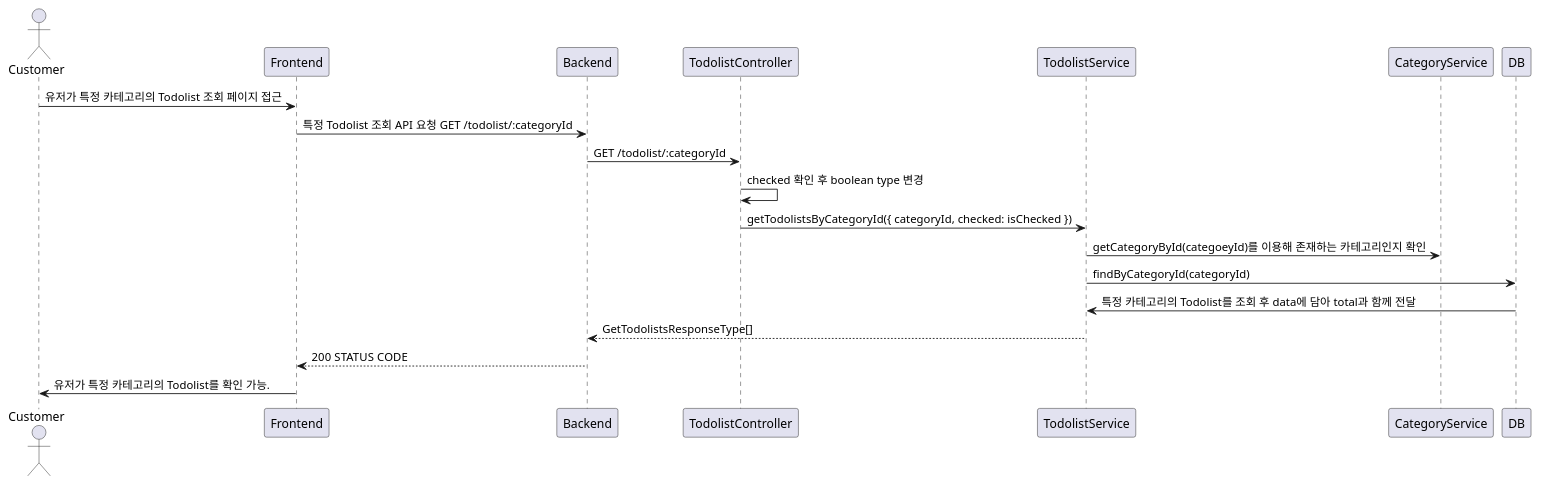
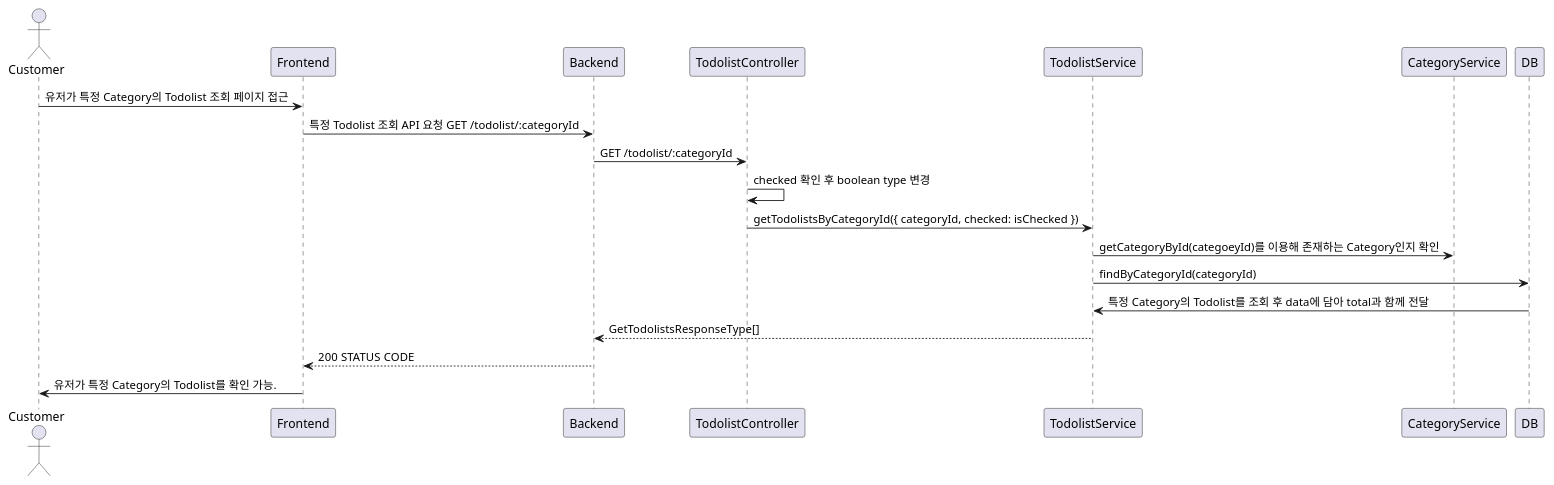
One commit to VVSOGI/todolist-remake changed the second of 3 diagrams in server/docs/todolist/todolist.get.md. Above: the diagram before and after it, drawn with PlantUML. The commit also changed other lines of this file, not shown here.

Commit message:
Refactor category names in Todolist API documentation

````diff
--- a/server/docs/todolist/todolist.get.md
+++ b/server/docs/todolist/todolist.get.md
@@ -61,16 +61,16 @@
 ```plantuml
 @startuml
 actor Customer
-Customer -> Frontend: 유저가 특정 카테고리의 Todolist 조회 페이지 접근
+Customer -> Frontend: 유저가 특정 Category의 Todolist 조회 페이지 접근
     Frontend -> Backend: 특정 Todolist 조회 API 요청 GET /todolist/:categoryId
         Backend -> TodolistController: GET /todolist/:categoryId
             TodolistController -> TodolistController: checked 확인 후 boolean type 변경
             TodolistController -> TodolistService: getTodolistsByCategoryId({ categoryId, checked: isChecked })
-                TodolistService -> CategoryService: getCategoryById(categoeyId)를 이용해 존재하는 카테고리인지 확인
+                TodolistService -> CategoryService: getCategoryById(categoeyId)를 이용해 존재하는 Category인지 확인
                 TodolistService -> DB: findByCategoryId(categoryId)
-                DB -> TodolistService: 특정 카테고리의 Todolist를 조회 후 data에 담아 total과 함께 전달
+                DB -> TodolistService: 특정 Category의 Todolist를 조회 후 data에 담아 total과 함께 전달
             Backend <-- TodolistService: GetTodolistsResponseType[]
     Frontend <-- Backend: 200 STATUS CODE
-Customer <- Frontend: 유저가 특정 카테고리의 Todolist를 확인 가능.
+Customer <- Frontend: 유저가 특정 Category의 Todolist를 확인 가능.
 @enduml
 ```
````
